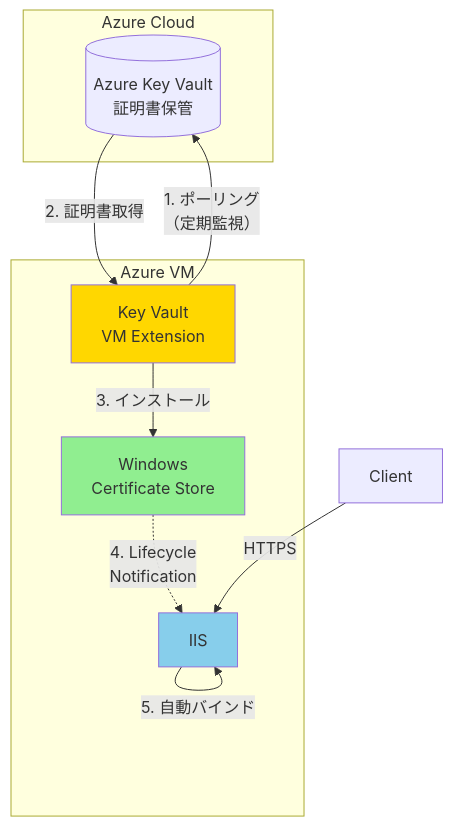
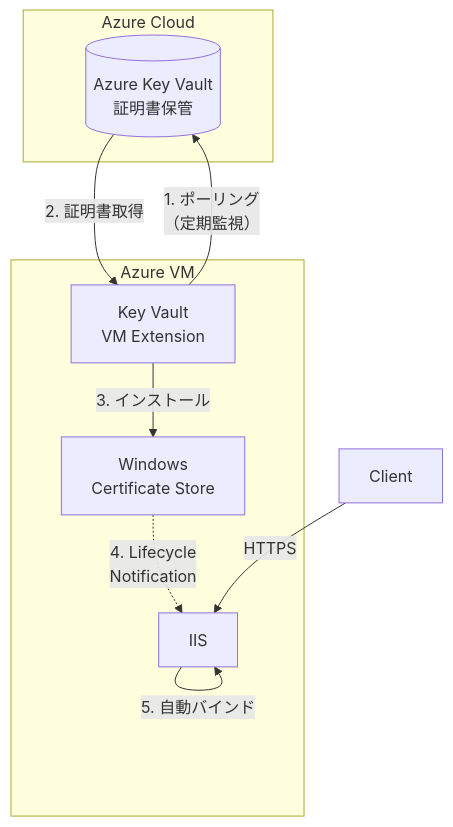
The diagram in articles/20260122-iis-sslcert-update.md (zukakosan/blog-tech), drawn with Mermaid before and after one commit. The commit also changed 2 other files, not shown here.

Commit message:
Rename mermaid agent for Zenn and update Mermaid diagrams to render correctly (use `<br/>`, quote labels)

````diff
--- a/articles/20260122-iis-sslcert-update.md
+++ b/articles/20260122-iis-sslcert-update.md
@@ -149,25 +149,21 @@
 ```mermaid
 flowchart TB
     subgraph Azure["Azure Cloud"]
-        KV[("Azure Key Vault\n証明書保管")]
+        KV[("Azure Key Vault<br/>証明書保管")]
     end
     
     subgraph VM["Azure VM"]
-        EXT["Key Vault\nVM Extension"]
-        STORE["Windows\nCertificate Store"]
+        EXT["Key Vault<br/>VM Extension"]
+        STORE["Windows<br/>Certificate Store"]
         IIS["IIS"]
     end
     
     CLIENT["Client"]
     
-    EXT -->|1. ポーリング\n（定期監視）| KV
-    KV -->|2. 証明書取得| EXT
-    EXT -->|3. インストール| STORE
-    STORE -.->|4. Lifecycle\nNotification| IIS
-    IIS -->|5. 自動バインド| IIS
-    CLIENT -->|HTTPS| IIS
-    
-    style EXT fill:#FFD700
-    style STORE fill:#90EE90
-    style IIS fill:#87CEEB
+    EXT -->|"1. ポーリング<br/>（定期監視）"| KV
+    KV -->|"2. 証明書取得"| EXT
+    EXT -->|"3. インストール"| STORE
+    STORE -.->|"4. Lifecycle<br/>Notification"| IIS
+    IIS -->|"5. 自動バインド"| IIS
+    CLIENT -->|"HTTPS"| IIS
 ```
````
